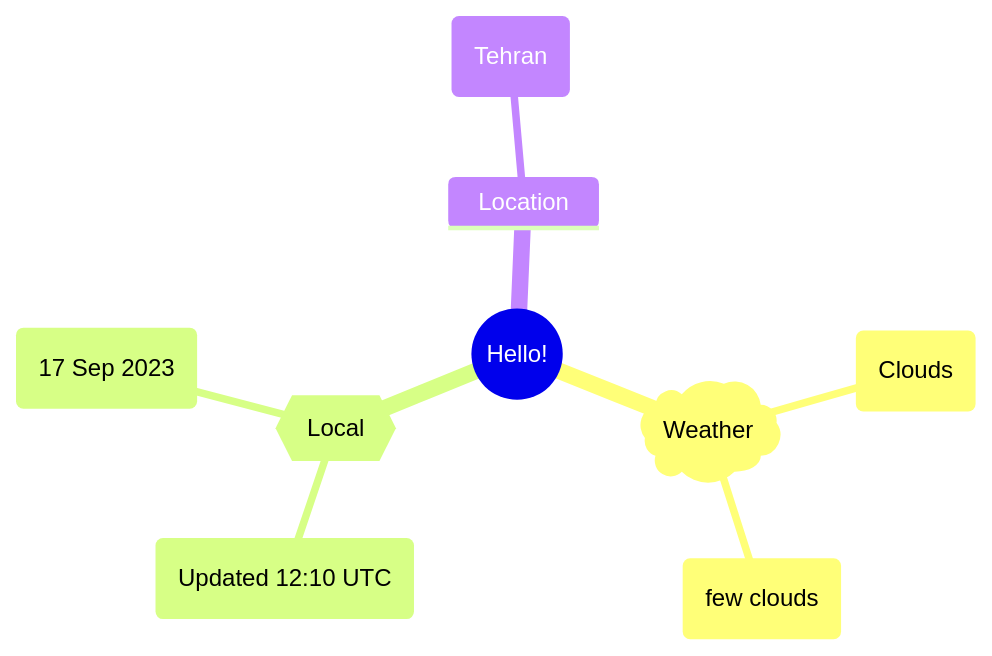
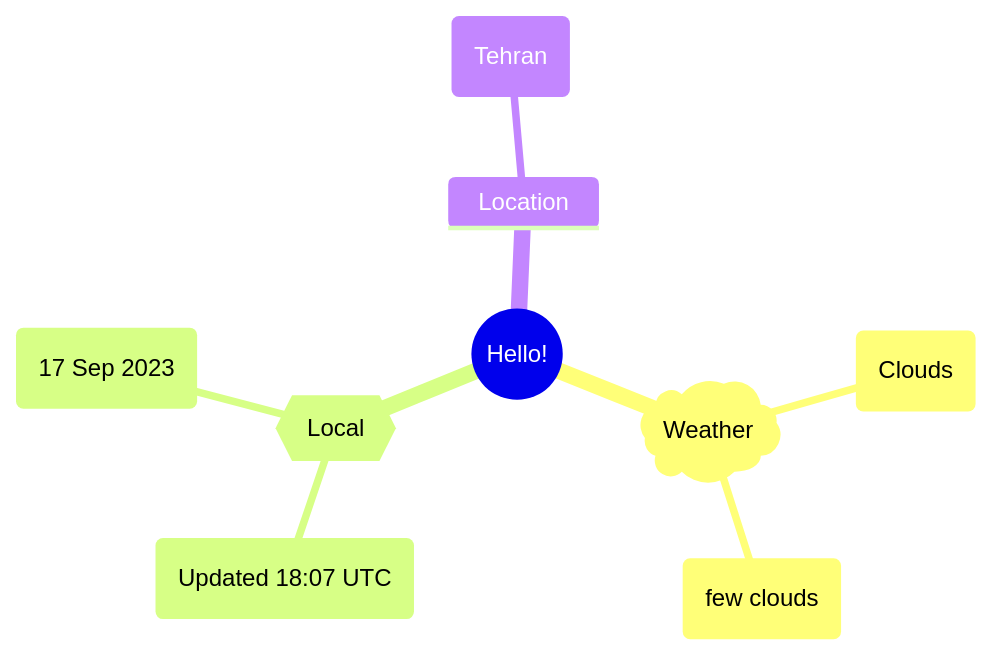
The first of 2 diagrams in README.md (Xosrov/Xosrov), drawn with Mermaid before and after one commit.

Commit message:
[bot] updated images

````diff
--- a/README.md
+++ b/README.md
@@ -3,12 +3,12 @@
 ```mermaid
 mindmap
   root((Hello!))
     )Weather(
         (Clouds)
         (few clouds)
     {{Local}}
-        (Updated 12:10 UTC)
+        (Updated 18:07 UTC)
         (17 Sep 2023)
     Location
         (Tehran)
 ```
````
